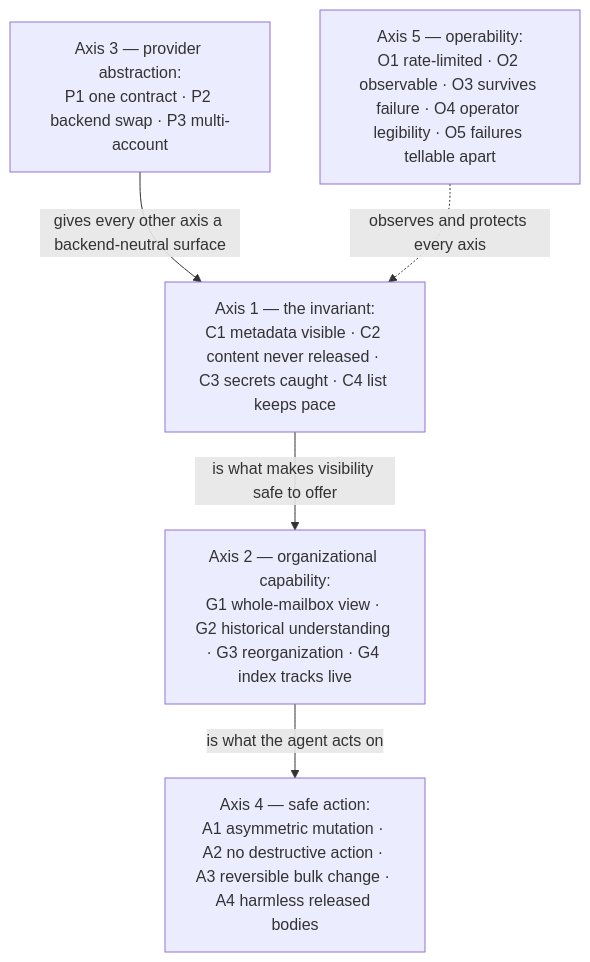
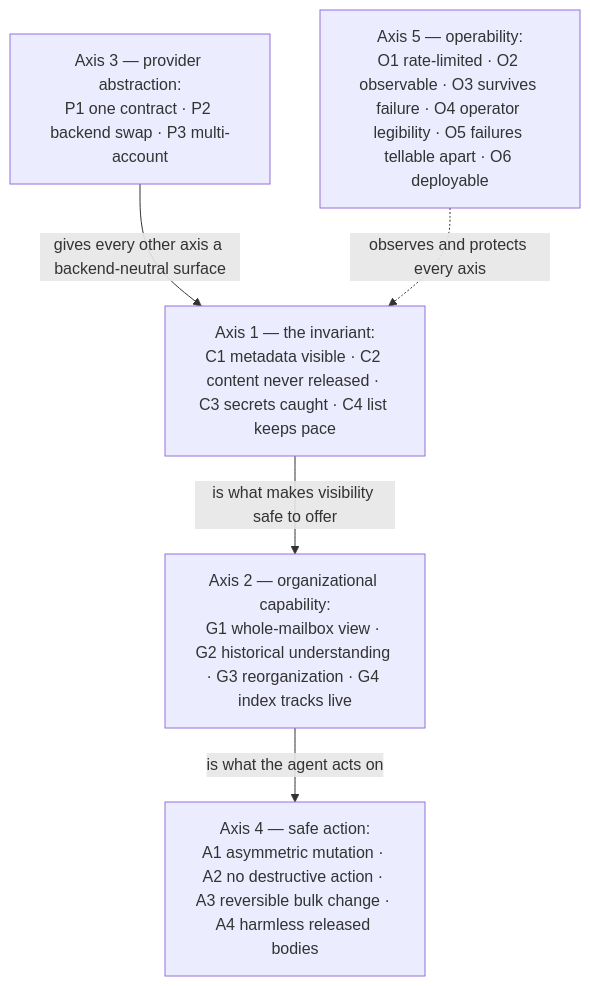
Before and after one commit to ppat/mediated-mailbox-mcp: the diagram in USE_CASES.md, drawn with Mermaid. The commit also changed other lines of this file and 5 other files, not shown here.

````diff
--- a/USE_CASES.md
+++ b/USE_CASES.md
@@ -74,12 +74,12 @@
 ```mermaid
 flowchart TB
     C["Axis 1 — the invariant:<br/>C1 metadata visible · C2 content never released · C3 secrets caught · C4 list keeps pace"]
     G["Axis 2 — organizational capability:<br/>G1 whole-mailbox view · G2 historical understanding · G3 reorganization · G4 index tracks live"]
     P["Axis 3 — provider abstraction:<br/>P1 one contract · P2 backend swap · P3 multi-account"]
     A["Axis 4 — safe action:<br/>A1 asymmetric mutation · A2 no destructive action · A3 reversible bulk change · A4 harmless released bodies"]
-    O["Axis 5 — operability:<br/>O1 rate-limited · O2 observable · O3 survives failure · O4 operator legibility · O5 failures tellable apart"]
+    O["Axis 5 — operability:<br/>O1 rate-limited · O2 observable · O3 survives failure · O4 operator legibility · O5 failures tellable apart · O6 deployable"]
     P -->|"gives every other axis a backend-neutral surface"| C
     C -->|"is what makes visibility safe to offer"| G
     G -->|"is what the agent acts on"| A
     O -.->|"observes and protects every axis"| C
 ```
````
